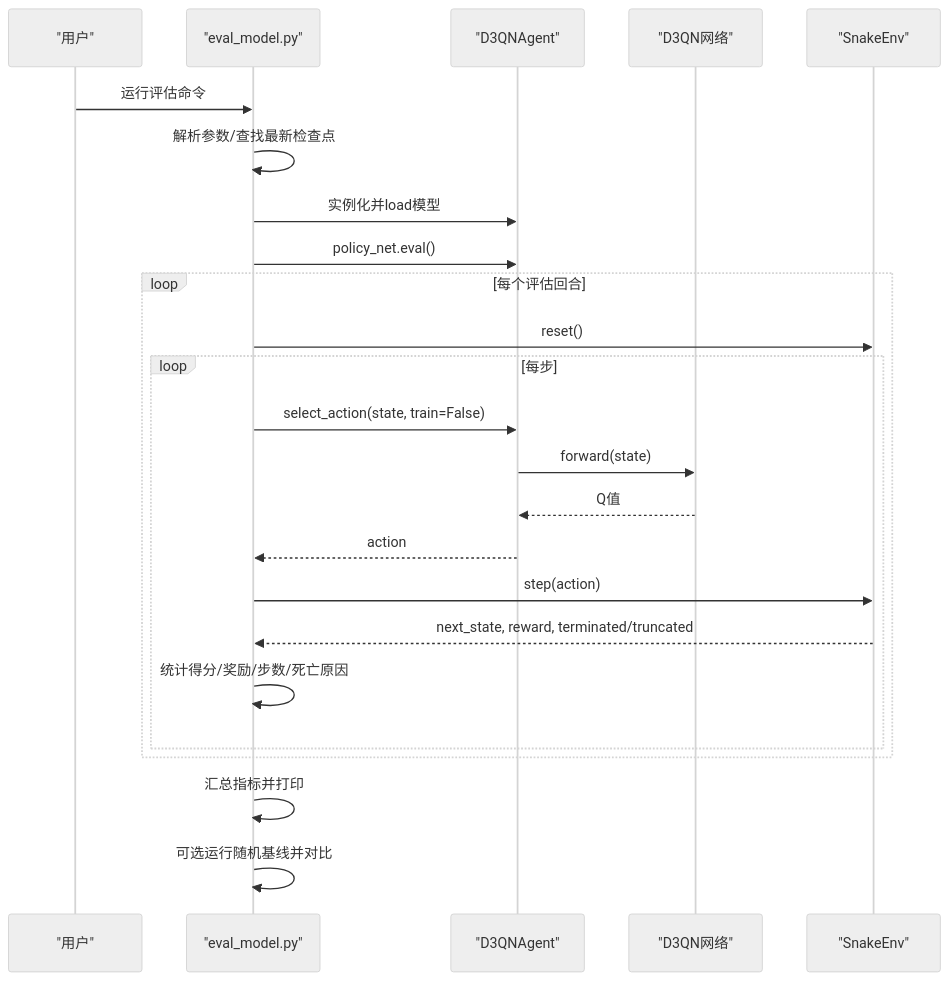
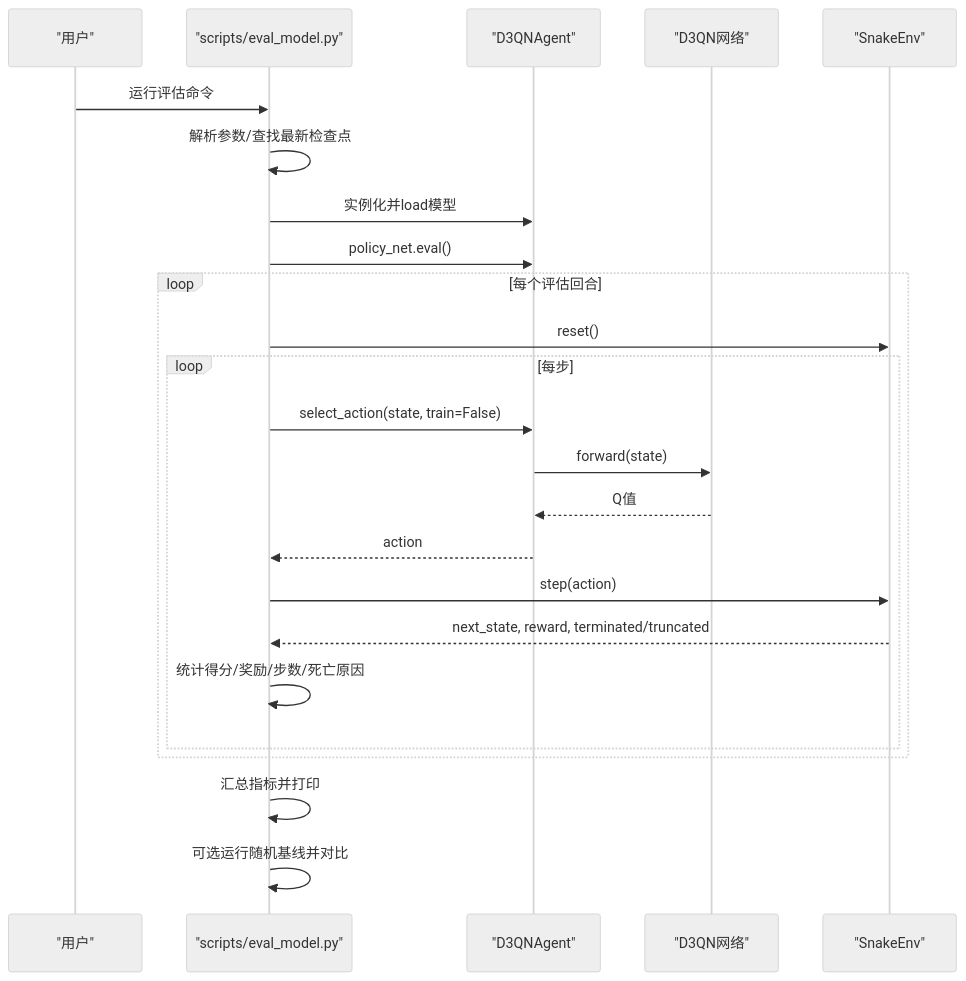
Before and after one commit to fuweiq94-cloud/3399180760000: the second of 5 diagrams in .qoder/repowiki/zh/content/演示和测试/模型评估工具.md, drawn with Mermaid (neutral theme). The commit also changed other lines of this file and 75 other files, not shown here.

````diff
--- a/.qoder/repowiki/zh/content/演示和测试/模型评估工具.md
+++ b/.qoder/repowiki/zh/content/演示和测试/模型评估工具.md
@@ -90,26 +99,26 @@
 ```mermaid
 sequenceDiagram
 participant U as "用户"
-participant E as "eval_model.py"
+participant E as "scripts/eval_model.py"
 participant A as "D3QNAgent"
 participant N as "D3QN网络"
 participant Env as "SnakeEnv"
 U->>E : 运行评估命令
 E->>E : 解析参数/查找最新检查点
 E->>A : 实例化并load模型
 E->>A : policy_net.eval()
 loop 每个评估回合
 E->>Env : reset()
 loop 每步
 E->>A : select_action(state, train=False)
 A->>N : forward(state)
 N-->>A : Q值
 A-->>E : action
 E->>Env : step(action)
 Env-->>E : next_state, reward, terminated/truncated
 E->>E : 统计得分/奖励/步数/死亡原因
 end
 end
 E->>E : 汇总指标并打印
 E->>E : 可选运行随机基线并对比
 ```
````
